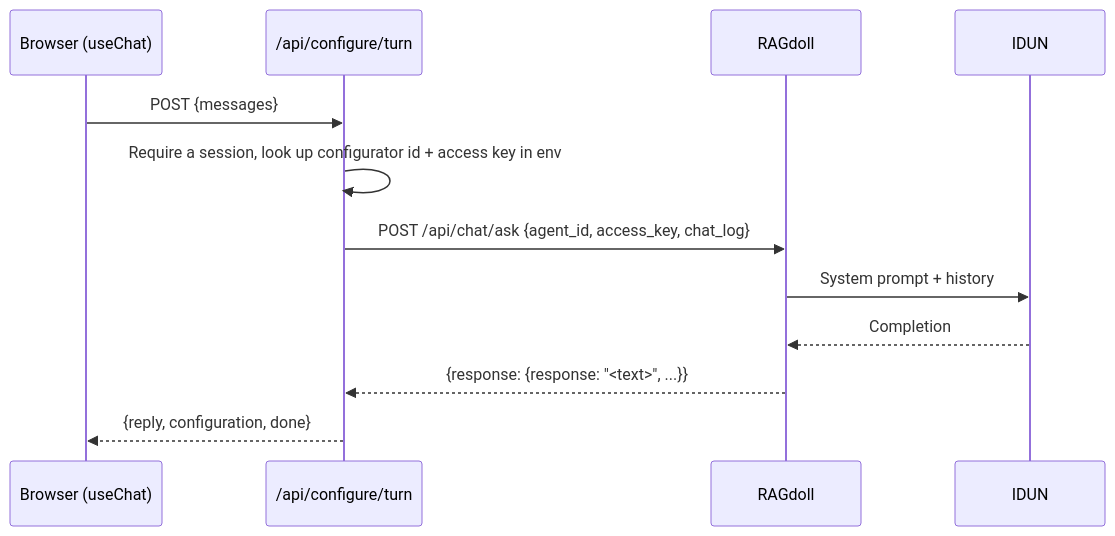
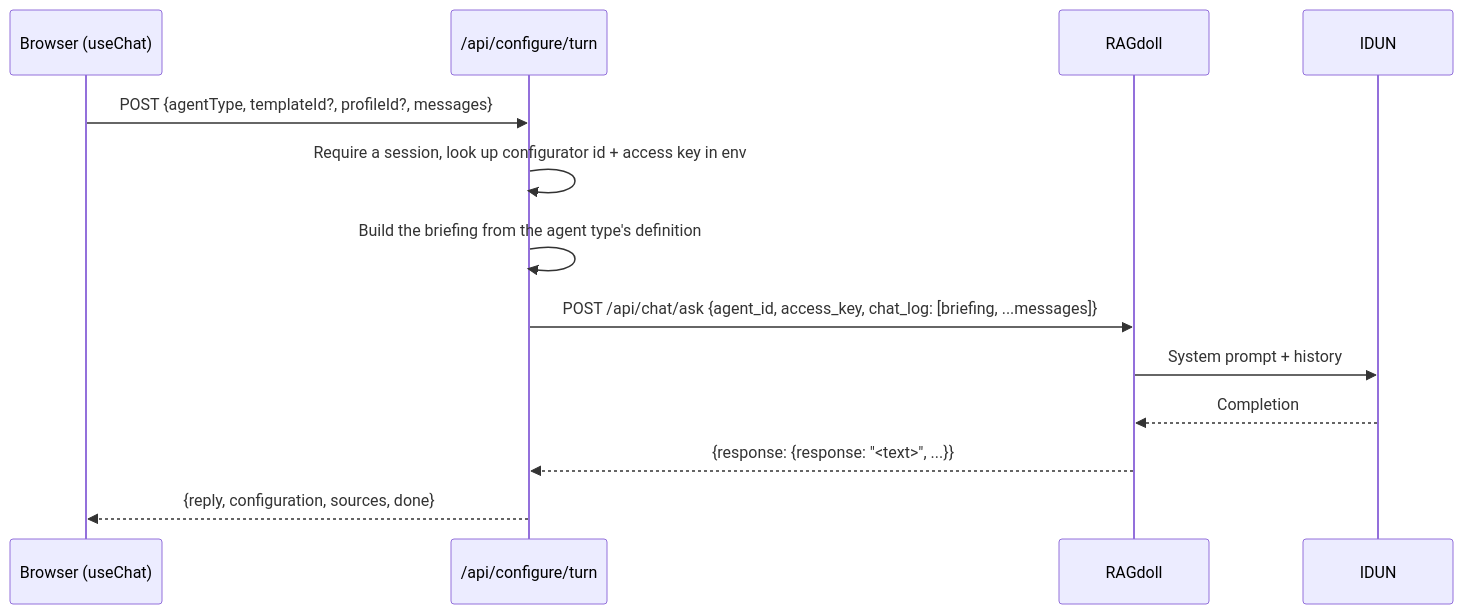
Before and after one commit to IMTEL/team-tdt4290-fall-2026: the sixth of 7 diagrams in docs/architecture.md, drawn with Mermaid. The commit also changed other lines of this file and 34 other files, not shown here.

````diff
--- a/docs/architecture.md
+++ b/docs/architecture.md
@@ -349,15 +370,16 @@
 ```mermaid
 sequenceDiagram
     participant B as Browser (useChat)
     participant N as /api/configure/turn
     participant R as RAGdoll
     participant I as IDUN
 
-    B->>N: POST {messages}
+    B->>N: POST {agentType, templateId?, profileId?, messages}
     N->>N: Require a session, look up configurator id + access key in env
-    N->>R: POST /api/chat/ask {agent_id, access_key, chat_log}
+    N->>N: Build the briefing from the agent type's definition
+    N->>R: POST /api/chat/ask {agent_id, access_key, chat_log: [briefing, ...messages]}
     R->>I: System prompt + history
     I-->>R: Completion
     R-->>N: {response: {response: "<text>", ...}}
-    N-->>B: {reply, configuration, done}
+    N-->>B: {reply, configuration, sources, done}
 ```
````
